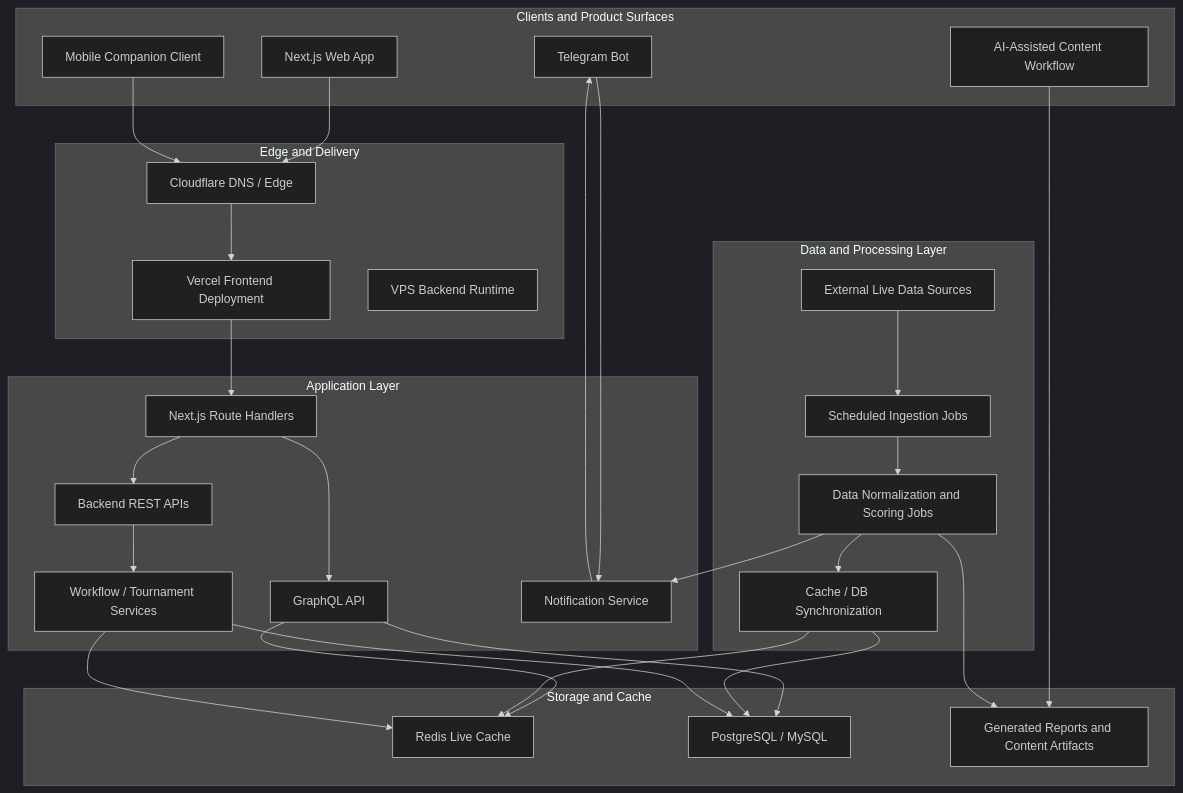
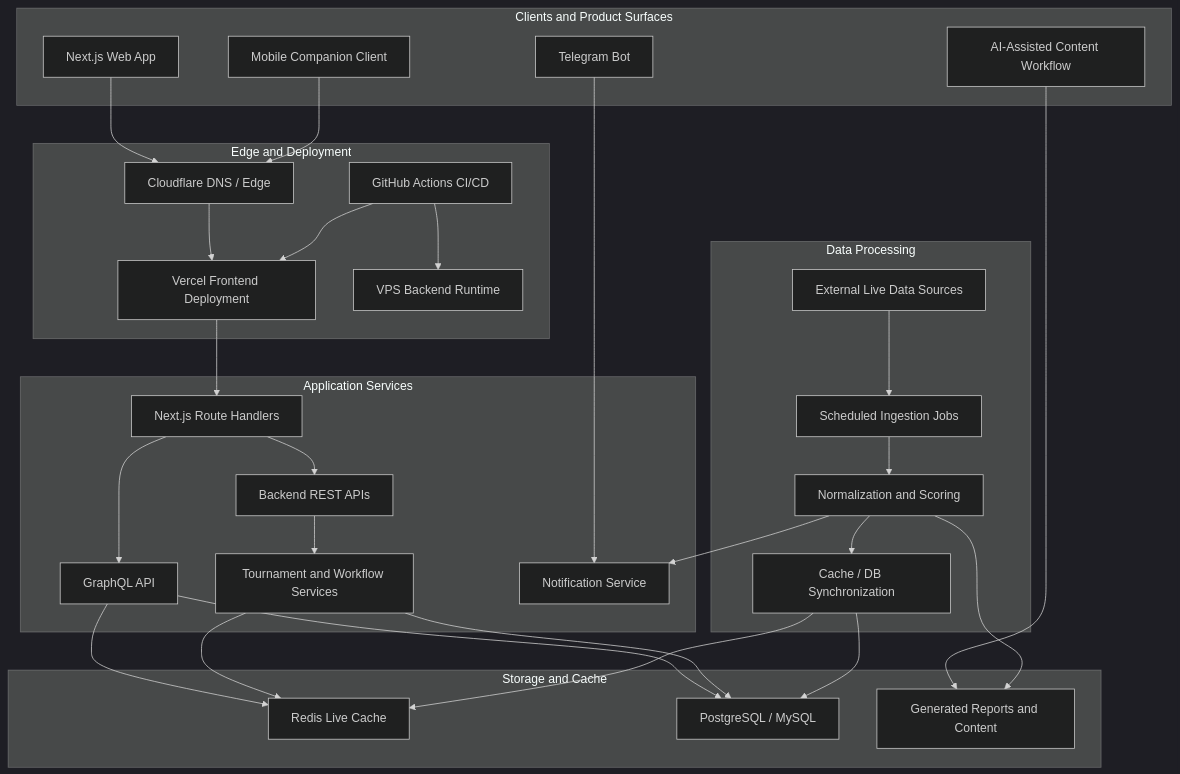
Before and after one commit to tonglam/letletme-case-study: the diagram in README.md, drawn with Mermaid (dark theme). The commit also changed other lines of this file and 3 other files, not shown here.

````diff
--- a/README.md
+++ b/README.md
@@ -51,58 +50,60 @@
 ```mermaid
 flowchart TB
   subgraph clients["Clients and Product Surfaces"]
     web["Next.js Web App"]
     mobile["Mobile Companion Client"]
     telegram["Telegram Bot"]
-    content["AI-Assisted Content Workflow"]
+    ai["AI-Assisted Content Workflow"]
   end
 
-  subgraph edge["Edge and Delivery"]
+  subgraph delivery["Edge and Deployment"]
     cloudflare["Cloudflare DNS / Edge"]
     vercel["Vercel Frontend Deployment"]
     vps["VPS Backend Runtime"]
+    actions["GitHub Actions CI/CD"]
   end
 
-  subgraph app["Application Layer"]
-    nextapi["Next.js Route Handlers"]
+  subgraph app["Application Services"]
+    routeHandlers["Next.js Route Handlers"]
     rest["Backend REST APIs"]
     graphql["GraphQL API"]
-    tournament["Workflow / Tournament Services"]
+    workflow["Tournament and Workflow Services"]
     notify["Notification Service"]
   end
 
-  subgraph dataflow["Data and Processing Layer"]
+  subgraph processing["Data Processing"]
     external["External Live Data Sources"]
     ingestion["Scheduled Ingestion Jobs"]
-    processors["Data Normalization and Scoring Jobs"]
+    normalize["Normalization and Scoring"]
     sync["Cache / DB Synchronization"]
   end
 
   subgraph storage["Storage and Cache"]
     redis["Redis Live Cache"]
-    postgres["PostgreSQL / MySQL"]
-    artifacts["Generated Reports and Content Artifacts"]
+    db["PostgreSQL / MySQL"]
+    artifacts["Generated Reports and Content"]
   end
 
   web --> cloudflare --> vercel
   mobile --> cloudflare
   telegram --> notify
-  content --> artifacts
+  ai --> artifacts
 
-  vercel --> nextapi
-  nextapi --> graphql
-  nextapi --> rest
-  rest --> tournament
+  actions --> vercel
+  actions --> vps
+  vercel --> routeHandlers
+  routeHandlers --> graphql
+  routeHandlers --> rest
+
+  rest --> workflow
   graphql --> redis
-  graphql --> postgres
+  graphql --> db
+  workflow --> redis
+  workflow --> db
 
-  external --> ingestion --> processors --> sync
+  external --> ingestion --> normalize --> sync
   sync --> redis
-  sync --> postgres
-
-  tournament --> postgres
-  tournament --> redis
-  processors --> notify
-  notify --> telegram
-  processors --> artifacts
+  sync --> db
+  normalize --> notify
+  normalize --> artifacts
 ```
````
